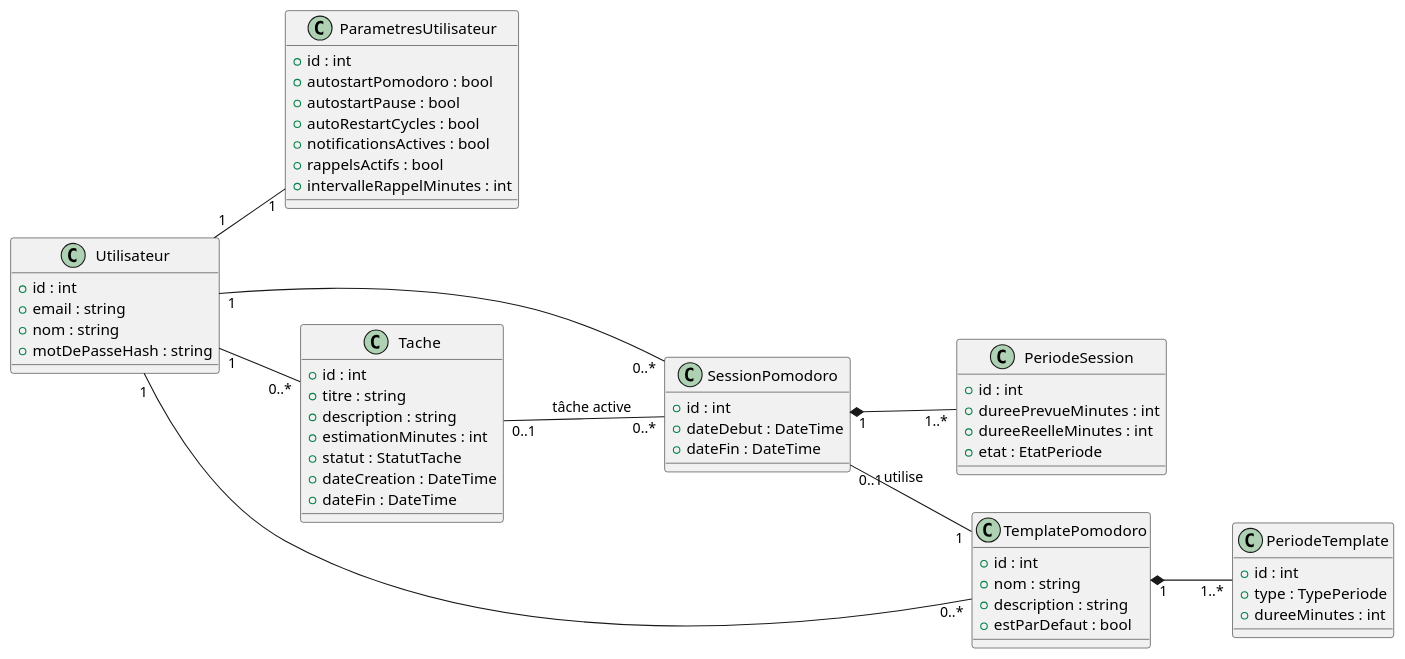
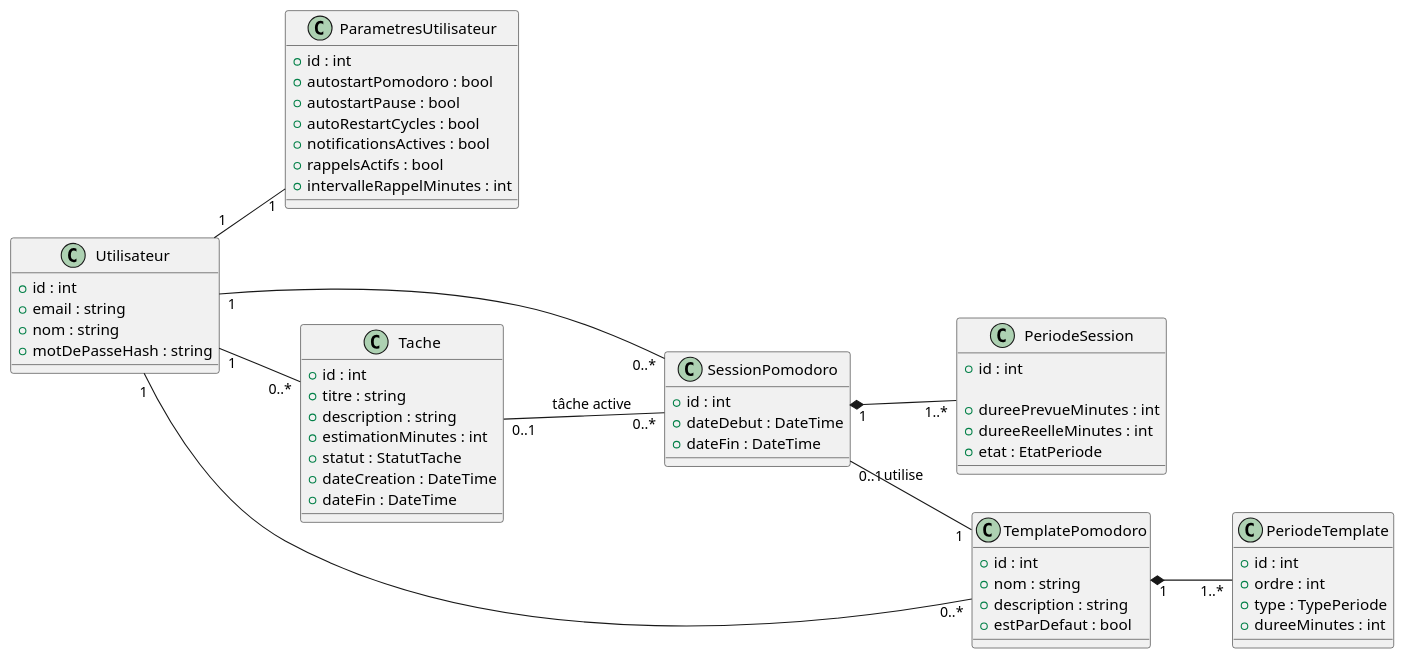
Before and after one commit to MDGav82/FocusTimer: the diagram in pomodoro_domain.wsd, drawn with PlantUML.

Commit message:
Add 'ordre' attribute to PeriodeTemplate and fix spacing in PeriodeSession

```diff
--- a/pomodoro_domain.wsd
+++ b/pomodoro_domain.wsd
@@ -1,74 +1,76 @@
 @startuml pomodoro_domain
 left to right direction
 
 class Utilisateur {
   +id : int
   +email : string
   +nom : string
   +motDePasseHash : string
 }
 
 class ParametresUtilisateur {
   +id : int
   +autostartPomodoro : bool
   +autostartPause : bool
   +autoRestartCycles : bool
   +notificationsActives : bool
   +rappelsActifs : bool
   +intervalleRappelMinutes : int
 }
 
 class Tache {
   +id : int
   +titre : string
   +description : string
   +estimationMinutes : int
   +statut : StatutTache
   +dateCreation : DateTime
   +dateFin : DateTime
 }
 
 
 class TemplatePomodoro {
   +id : int
   +nom : string
   +description : string
   +estParDefaut : bool
 }
 
 class PeriodeTemplate {
   +id : int
+  +ordre : int
   +type : TypePeriode
   +dureeMinutes : int
 }
 
 class SessionPomodoro {
   +id : int
   +dateDebut : DateTime
   +dateFin : DateTime
 }
 
 class PeriodeSession {
   +id : int
+
   +dureePrevueMinutes : int
   +dureeReelleMinutes : int
   +etat : EtatPeriode
 }
 
 ' Relations
 
 Utilisateur "1" -- "1" ParametresUtilisateur
 
 Utilisateur "1" -- "0..*" Tache
 Utilisateur "1" -- "0..*" TemplatePomodoro
 Utilisateur "1" -- "0..*" SessionPomodoro
 
 TemplatePomodoro "1" *-- "1..*" PeriodeTemplate
 
 Tache "0..1" -- "0..*" SessionPomodoro : "tâche active"
 
 SessionPomodoro "1" *-- "1..*" PeriodeSession
 
 SessionPomodoro "0..1" -- "1" TemplatePomodoro : "utilise"
 
 @enduml
```
